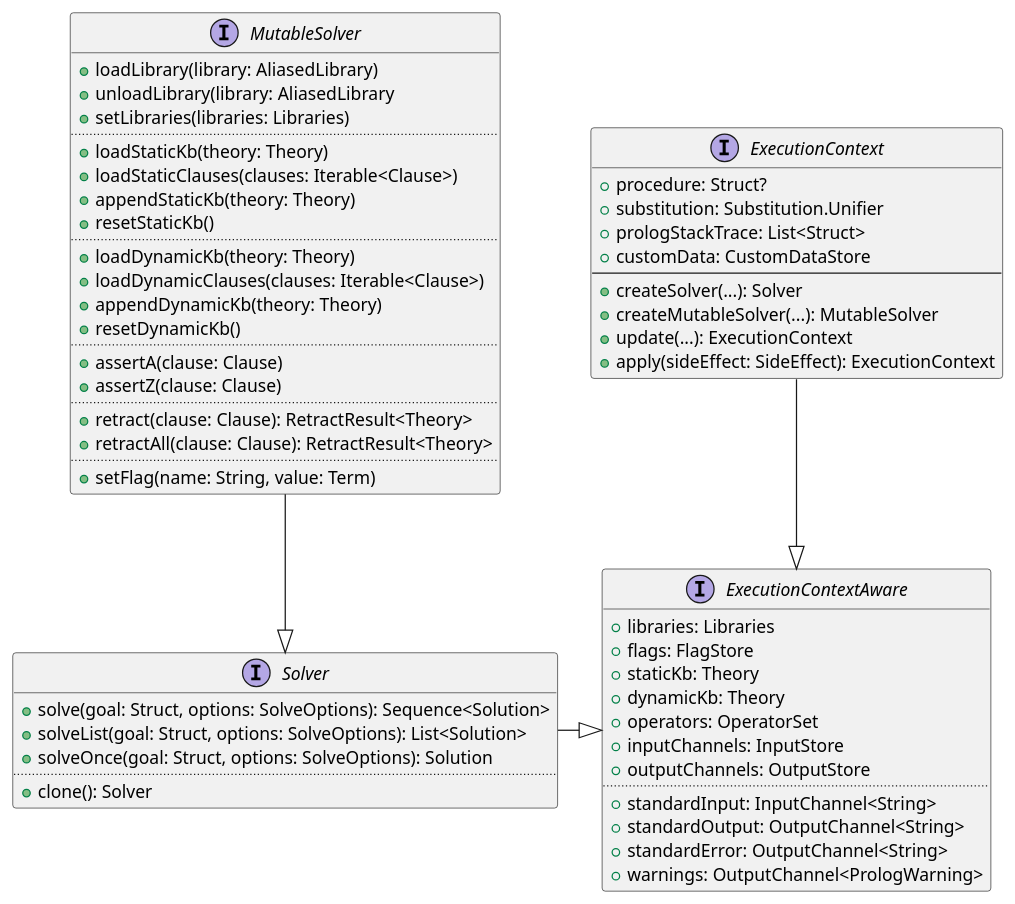
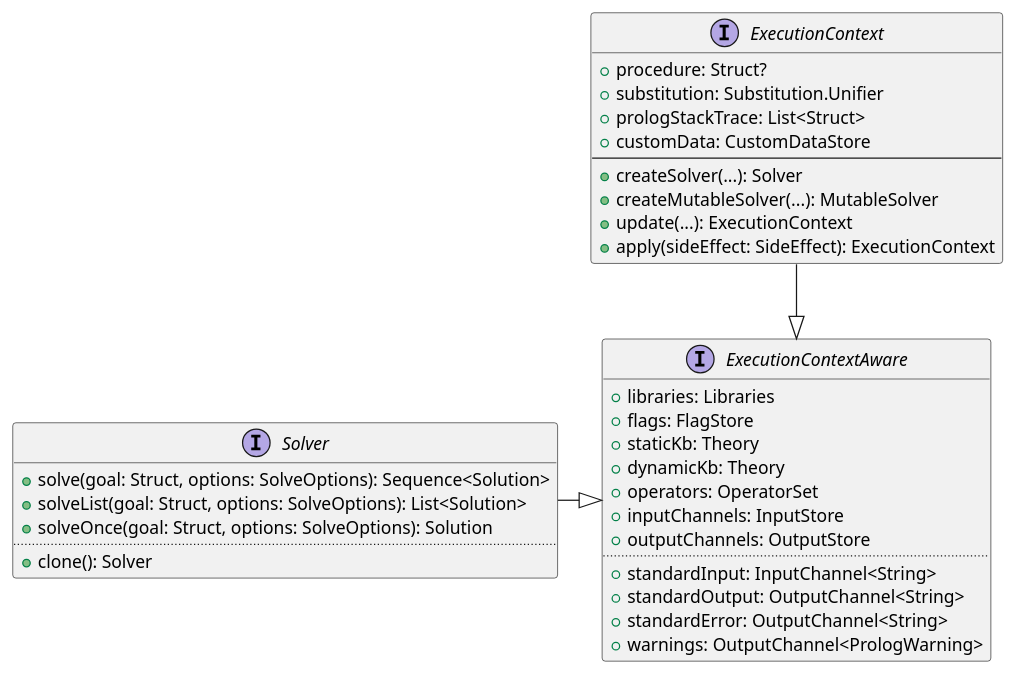
One commit to gciatto-unibo/2p-kt-presentation changed the diagram in img/solve-ec.pu. Above: the diagram before and after it, drawn with PlantUML. The commit also changed 21 other files, not shown here.

```diff
--- a/img/solve-ec.pu
+++ b/img/solve-ec.pu
@@ -1,68 +1,39 @@
 @startuml
-
 interface ExecutionContextAware {
     + libraries: Libraries
     + flags: FlagStore
     + staticKb: Theory
     + dynamicKb: Theory
     + operators: OperatorSet
     + inputChannels: InputStore
     + outputChannels: OutputStore
     ..
     + standardInput: InputChannel<String>
     + standardOutput: OutputChannel<String>
     + standardError: OutputChannel<String>
     + warnings: OutputChannel<PrologWarning>
 }
 
 interface Solver {
     + solve(goal: Struct, options: SolveOptions): Sequence<Solution>
     + solveList(goal: Struct, options: SolveOptions): List<Solution>
     + solveOnce(goal: Struct, options: SolveOptions): Solution
     ..
     + clone(): Solver
 }
 
 interface ExecutionContext {
     + procedure: Struct?
     + substitution: Substitution.Unifier
     + prologStackTrace: List<Struct>
     + customData: CustomDataStore
     --
     + createSolver(...): Solver
     + createMutableSolver(...): MutableSolver
     + update(...): ExecutionContext
     + apply(sideEffect: SideEffect): ExecutionContext
 }
 
 ExecutionContext -down-|> ExecutionContextAware
 Solver -right-|> ExecutionContextAware
-
-interface MutableSolver {
-      + loadLibrary(library: AliasedLibrary)
-      + unloadLibrary(library: AliasedLibrary
-      + setLibraries(libraries: Libraries)
-      ..
-      + loadStaticKb(theory: Theory)
-      + loadStaticClauses(clauses: Iterable<Clause>)
-      + appendStaticKb(theory: Theory)
-      + resetStaticKb()
-      ..
-      + loadDynamicKb(theory: Theory)
-      + loadDynamicClauses(clauses: Iterable<Clause>)
-      + appendDynamicKb(theory: Theory)
-      + resetDynamicKb()
-      ..
-      + assertA(clause: Clause)
-      + assertZ(clause: Clause)
-      ..
-      + retract(clause: Clause): RetractResult<Theory>
-      + retractAll(clause: Clause): RetractResult<Theory>
-      ..
-      + setFlag(name: String, value: Term)
-}
-
-MutableSolver -down-|> Solver
-
-
 @enduml
```
